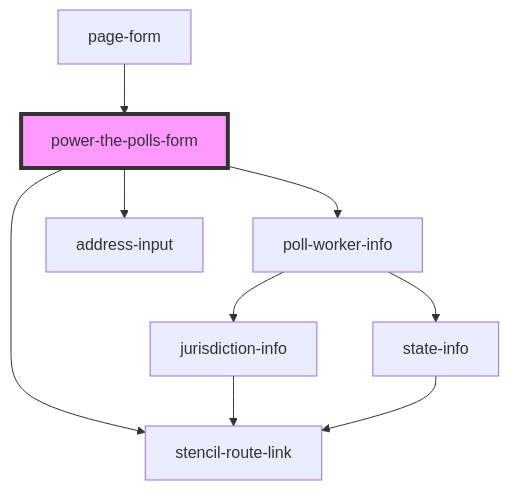
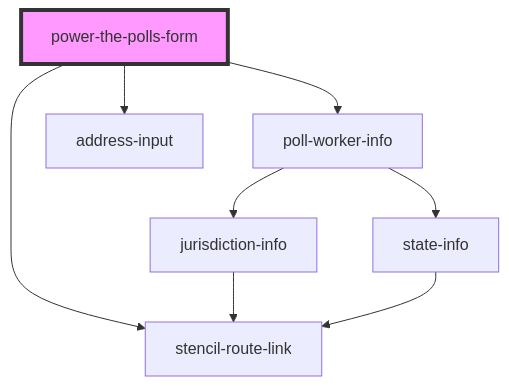
The diagram in power-the-polls-form/src/components/power-the-polls-form/readme.md (pizza-to-the-polls/power-the-polls), drawn with Mermaid before and after one commit. The commit also changed other lines of this file and 40 other files, not shown here.

````diff
--- a/power-the-polls-form/src/components/power-the-polls-form/readme.md
+++ b/power-the-polls-form/src/components/power-the-polls-form/readme.md
@@ -40,12 +36,11 @@
 ```mermaid
 graph TD;
   power-the-polls-form --> poll-worker-info
   power-the-polls-form --> address-input
   power-the-polls-form --> stencil-route-link
   poll-worker-info --> jurisdiction-info
   poll-worker-info --> state-info
   jurisdiction-info --> stencil-route-link
   state-info --> stencil-route-link
-  page-form --> power-the-polls-form
   style power-the-polls-form fill:#f9f,stroke:#333,stroke-width:4px
 ```
````
